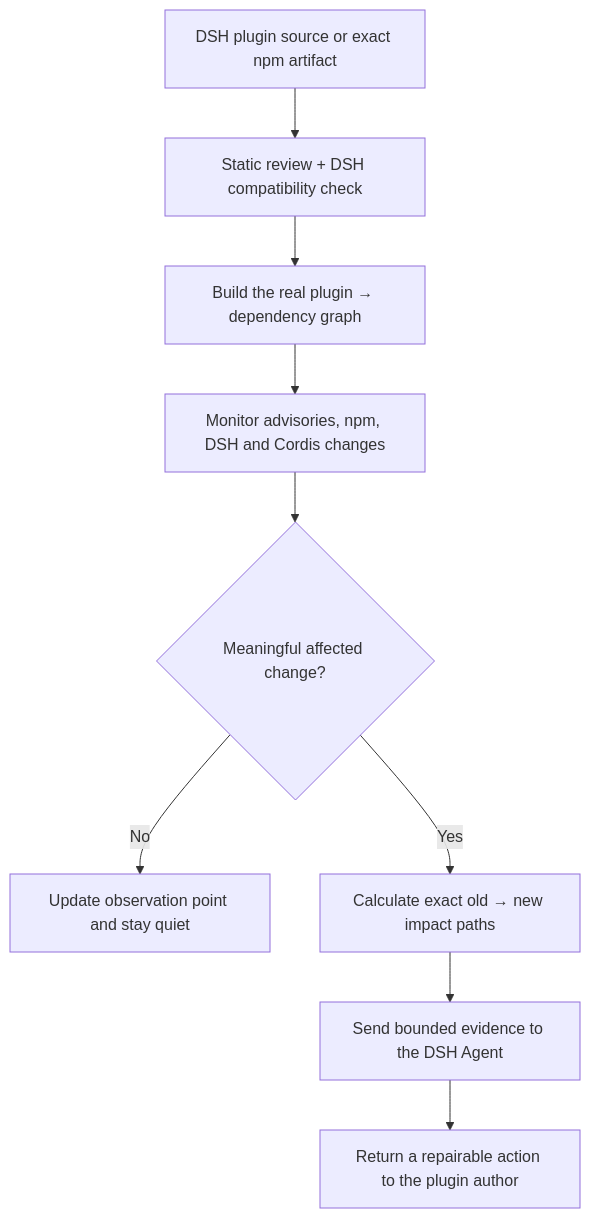
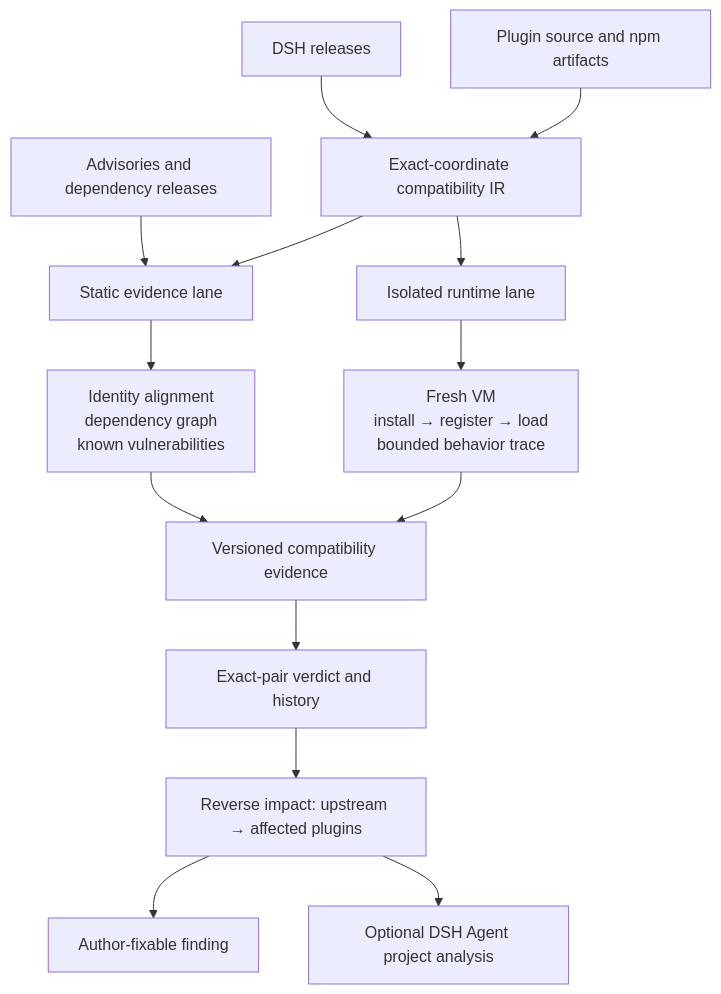
One commit to MicroMilo/upstream-radar changed the diagram in README.md. Above: the diagram before and after it, drawn with Mermaid. The commit also changed other lines of this file, not shown here.

Commit message:
docs: sharpen the compatibility evidence story

````diff
--- a/README.md
+++ b/README.md
@@ -22,11 +24,20 @@
 ```mermaid
-flowchart TD
-  A["DSH plugin source or exact npm artifact"] --> B["Static review + DSH compatibility check"]
-  B --> C["Build the real plugin → dependency graph"]
-  C --> D["Monitor advisories, npm, DSH and Cordis changes"]
-  D --> E{"Meaningful affected change?"}
-  E -- "No" --> F["Update observation point and stay quiet"]
-  E -- "Yes" --> G["Calculate exact old → new impact paths"]
-  G --> H["Send bounded evidence to the DSH Agent"]
-  H --> I["Return a repairable action to the plugin author"]
+flowchart TB
+  DSH["DSH releases"] --> IR["Exact-coordinate compatibility IR"]
+  Plugin["Plugin source and npm artifacts"] --> IR
+  Feed["Advisories and dependency releases"] --> StaticLane["Static evidence lane"]
+
+  IR --> StaticLane
+  IR --> RuntimeLane["Isolated runtime lane"]
+
+  StaticLane --> StaticFacts["Identity alignment<br/>dependency graph<br/>known vulnerabilities"]
+  RuntimeLane --> RuntimeFacts["Fresh VM<br/>install → register → load<br/>bounded behavior trace"]
+
+  StaticFacts --> Evidence["Versioned compatibility evidence"]
+  RuntimeFacts --> Evidence
+
+  Evidence --> Verdict["Exact-pair verdict and history"]
+  Verdict --> Impact["Reverse impact: upstream → affected plugins"]
+  Impact --> Repair["Author-fixable finding"]
+  Impact --> Agent["Optional DSH Agent project analysis"]
 ```
````
